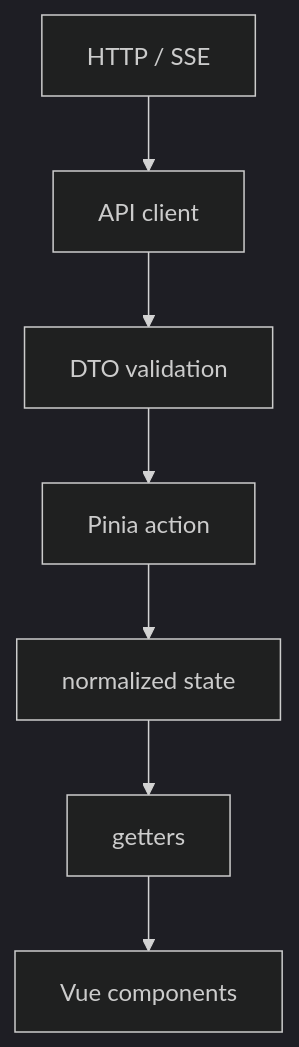
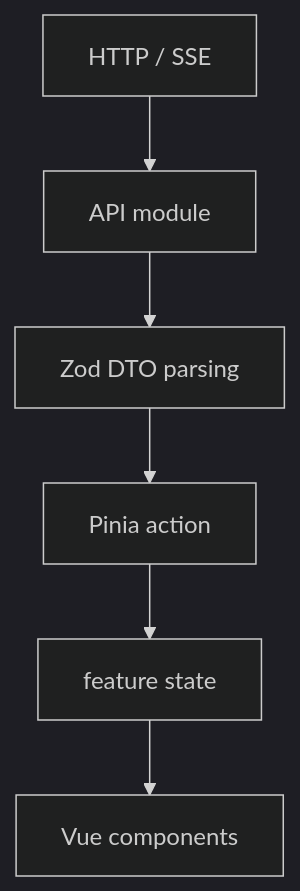
The diagram in docs/ui.md (Wirhoss/nox), drawn with Mermaid (dark theme) before and after one commit. The commit also changed other lines of this file and 82 other files, not shown here.

````diff
--- a/docs/ui.md
+++ b/docs/ui.md
@@ -75,9 +73,8 @@
 ```mermaid
 flowchart TB
-  W["HTTP / SSE"] --> C["API client"]
-  C --> V["DTO validation"]
+  W["HTTP / SSE"] --> C["API module"]
+  C --> V["Zod DTO parsing"]
   V --> A["Pinia action"]
-  A --> N["normalized state"]
-  N --> G["getters"]
-  G --> UI["Vue components"]
+  A --> N["feature state"]
+  N --> UI["Vue components"]
 ```
````
